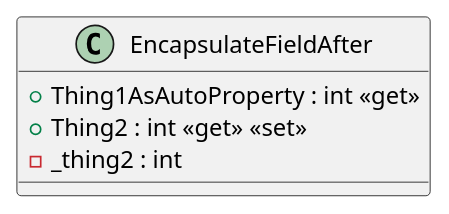
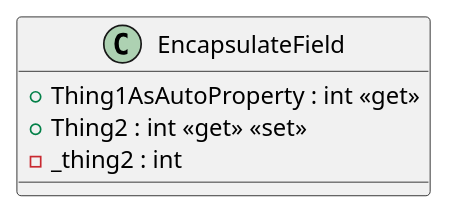
One commit to claremacrae/RefactoringSamples changed the diagram in uml/Encapsulate/After/EncapsulateField.puml. Above: the diagram before and after it, drawn with PlantUML. The commit also changed 3 other files, not shown here.

```diff
--- a/uml/Encapsulate/After/EncapsulateField.puml
+++ b/uml/Encapsulate/After/EncapsulateField.puml
@@ -1,7 +1,7 @@
 @startuml
-class EncapsulateFieldAfter {
+class EncapsulateField {
     + Thing1AsAutoProperty : int <<get>>
     + Thing2 : int <<get>> <<set>>
     - _thing2 : int
 }
 @enduml
```
